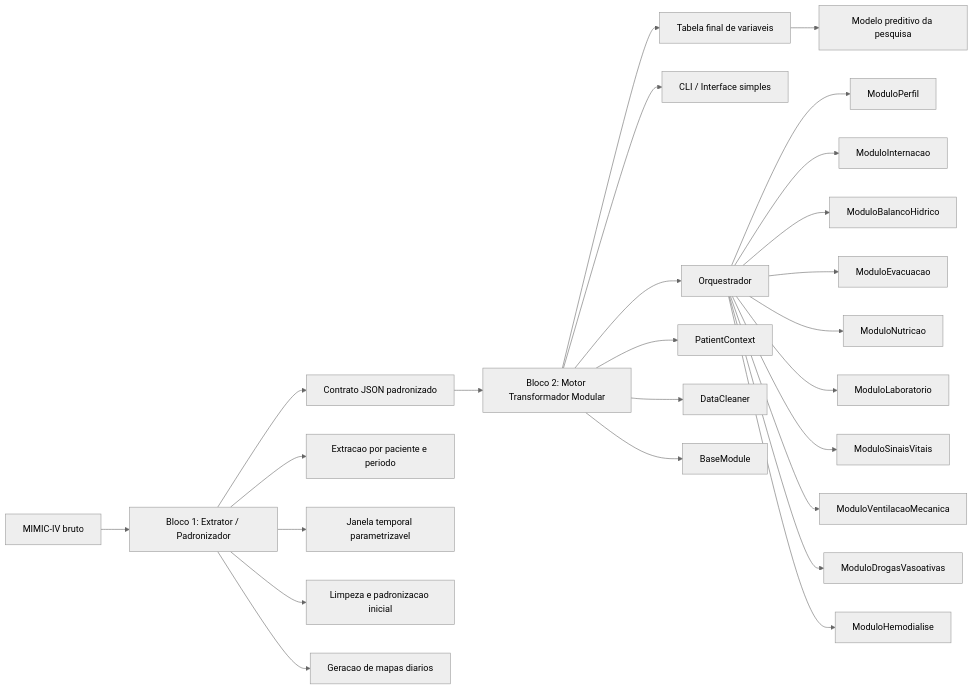
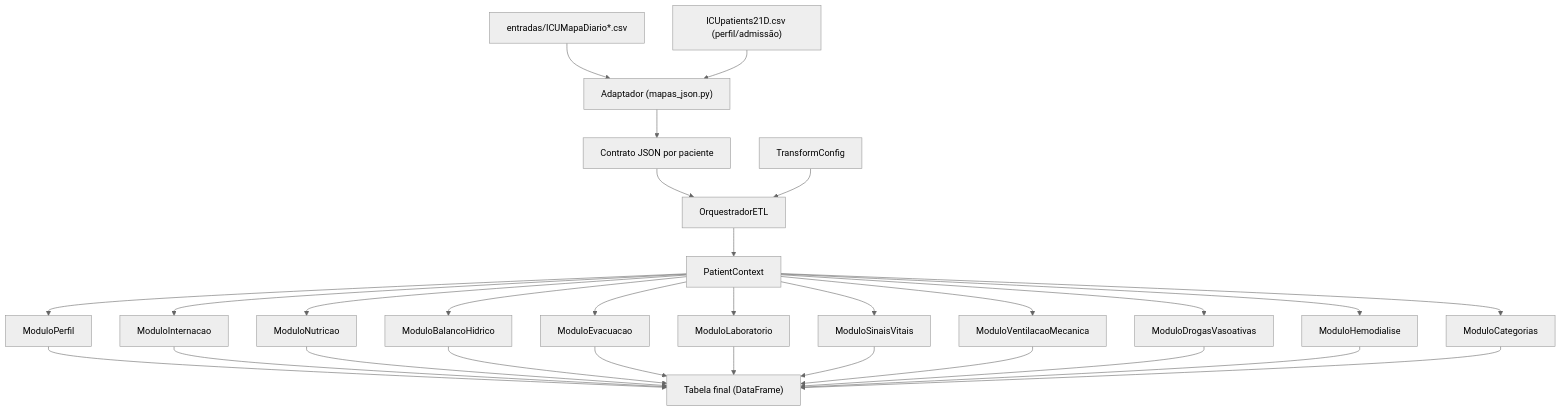
One commit to pasmarques/motor-transformacao-tcc changed the second of 2 diagrams in docs/arquitetura.md. Above: the diagram before and after it, drawn with Mermaid (neutral theme). The commit also changed other lines of this file and 4 other files, not shown here.

````diff
--- a/docs/arquitetura.md
+++ b/docs/arquitetura.md
@@ -3,30 +21,21 @@
 ```mermaid
-flowchart LR
-    A["MIMIC-IV bruto"] --> B["Bloco 1: Extrator / Padronizador"]
-    B --> C["Contrato JSON padronizado"]
-    C --> D["Bloco 2: Motor Transformador Modular"]
-    D --> E["Tabela final de variaveis"]
-    E --> F["Modelo preditivo da pesquisa"]
-
-    B --> B1["Extracao por paciente e periodo"]
-    B --> B2["Janela temporal parametrizavel"]
-    B --> B3["Limpeza e padronizacao inicial"]
-    B --> B4["Geracao de mapas diarios"]
-
-    D --> D1["CLI / Interface simples"]
-    D --> D2["Orquestrador"]
-    D --> D3["PatientContext"]
-    D --> D4["DataCleaner"]
-    D --> D5["BaseModule"]
-
-    D2 --> M1["ModuloPerfil"]
-    D2 --> M2["ModuloInternacao"]
-    D2 --> M3["ModuloBalancoHidrico"]
-    D2 --> M4["ModuloEvacuacao"]
-    D2 --> M5["ModuloNutricao"]
-    D2 --> M6["ModuloLaboratorio"]
-    D2 --> M7["ModuloSinaisVitais"]
-    D2 --> M8["ModuloVentilacaoMecanica"]
-    D2 --> M9["ModuloDrogasVasoativas"]
-    D2 --> M10["ModuloHemodialise"]
+flowchart TD
+    IN["entradas/ICUMapaDiario*.csv"] --> ADAPT["Adaptador (mapas_json.py)"]
+    PAT["ICUpatients21D.csv (perfil/admissão)"] --> ADAPT
+    ADAPT --> JSON["Contrato JSON por paciente"]
+    JSON --> ORC["OrquestradorETL"]
+    CFG["TransformConfig"] --> ORC
+    ORC --> CTX["PatientContext"]
+    CTX --> M1["ModuloPerfil"]
+    CTX --> M2["ModuloInternacao"]
+    CTX --> M3["ModuloNutricao"]
+    CTX --> M4["ModuloBalancoHidrico"]
+    CTX --> M5["ModuloEvacuacao"]
+    CTX --> M6["ModuloLaboratorio"]
+    CTX --> M7["ModuloSinaisVitais"]
+    CTX --> M8["ModuloVentilacaoMecanica"]
+    CTX --> M9["ModuloDrogasVasoativas"]
+    CTX --> M10["ModuloHemodialise"]
+    CTX --> M11["ModuloCategorias"]
+    M1 & M2 & M3 & M4 & M5 & M6 & M7 & M8 & M9 & M10 & M11 --> OUT["Tabela final (DataFrame)"]
 ```
````
